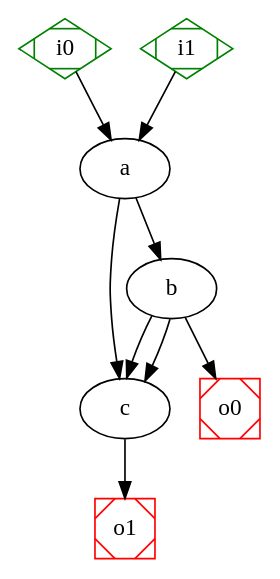
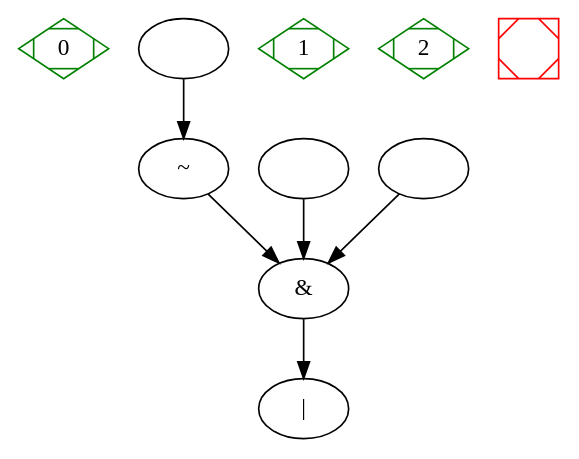
Before and after one commit to Livarg/Projet2-IM: the diagram in Open_digraph.dot, drawn with Graphviz. The commit also changed 7 other files, not shown here.

```diff
--- a/Open_digraph.dot
+++ b/Open_digraph.dot
@@ -1,23 +1,23 @@
 digraph G { 
 
-    0->1;
-    0->2;
-    0[label = "a"]; 
-    1->2;
-    1->2;
-    1->5;
-    1[label = "b"]; 
-    2->6;
-    2[label = "c"]; 
-    3->0;
-    3[label = "i0"]; 
-    3[shape = Mdiamond, color = green];
-    4->0;
-    4[label = "i1"]; 
+    0[label = "0"]; 
+    0[shape = Mdiamond, color = green];
+    1->11;
+    1[label = ""]; 
+    2[label = "1"]; 
+    2[shape = Mdiamond, color = green];
+    3->10;
+    3[label = ""]; 
+    4[label = "2"]; 
     4[shape = Mdiamond, color = green];
-    5[label = "o0"]; 
-    5[shape = Msquare, color = red];
-    6[label = "o1"]; 
-    6[shape = Msquare, color = red];
+    5->10;
+    5[label = ""]; 
+    8[label = ""]; 
+    8[shape = Msquare, color = red];
+    9[label = "|"]; 
+    10->9;
+    10[label = "&"]; 
+    11->10;
+    11[label = "~"]; 
 
 }
```
